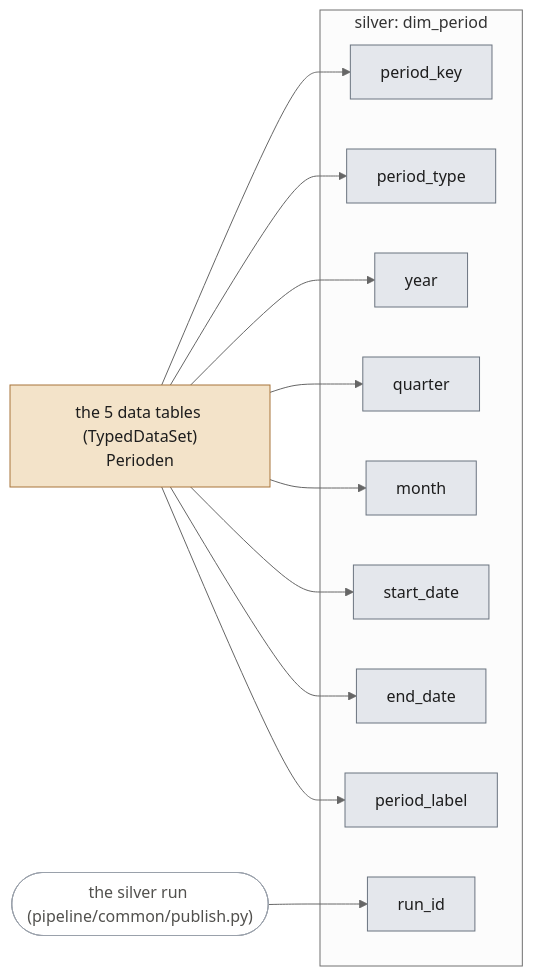
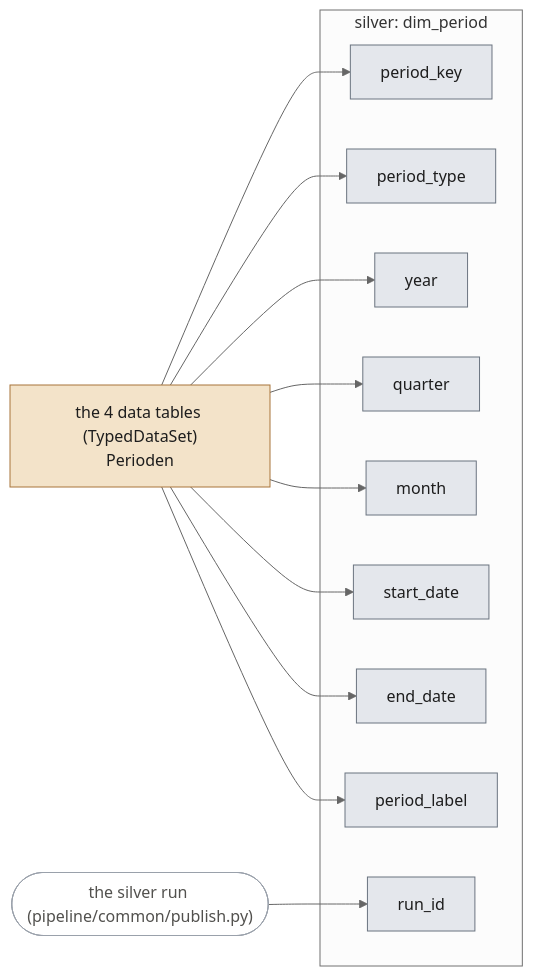
Before and after one commit to stefancodecommit/AOV_Lakehouse: the fifth of 18 diagrams in docs/lineage.md, drawn with Mermaid (neutral theme). The commit also changed other lines of this file and 27 other files, not shown here.

````diff
--- a/docs/lineage.md
+++ b/docs/lineage.md
@@ -280,30 +270,30 @@
 ```mermaid
 flowchart LR
-  n_src_80072ned_typeddataset_81589ned_typeddataset_81644ned_typeddataset_83130ned_typeddataset_86009ned_typeddataset_Perioden["the 5 data tables (TypedDataSet)<br/>Perioden"]:::bronze
+  n_src_80072ned_typeddataset_81589ned_typeddataset_83130ned_typeddataset_86009ned_typeddataset_Perioden["the 4 data tables (TypedDataSet)<br/>Perioden"]:::bronze
   run(["the silver run (pipeline/common/publish.py)"]):::run
   subgraph n_tbl_dim_period["silver: dim_period"]
     n_col_period_key["period_key"]:::silver
     n_col_period_type["period_type"]:::silver
     n_col_year["year"]:::silver
     n_col_quarter["quarter"]:::silver
     n_col_month["month"]:::silver
     n_col_start_date["start_date"]:::silver
     n_col_end_date["end_date"]:::silver
     n_col_period_label["period_label"]:::silver
     n_col_run_id["run_id"]:::silver
   end
-  n_src_80072ned_typeddataset_81589ned_typeddataset_81644ned_typeddataset_83130ned_typeddataset_86009ned_typeddataset_Perioden --> n_col_period_key
-  n_src_80072ned_typeddataset_81589ned_typeddataset_81644ned_typeddataset_83130ned_typeddataset_86009ned_typeddataset_Perioden --> n_col_period_type
-  n_src_80072ned_typeddataset_81589ned_typeddataset_81644ned_typeddataset_83130ned_typeddataset_86009ned_typeddataset_Perioden --> n_col_year
-  n_src_80072ned_typeddataset_81589ned_typeddataset_81644ned_typeddataset_83130ned_typeddataset_86009ned_typeddataset_Perioden --> n_col_quarter
-  n_src_80072ned_typeddataset_81589ned_typeddataset_81644ned_typeddataset_83130ned_typeddataset_86009ned_typeddataset_Perioden --> n_col_month
-  n_src_80072ned_typeddataset_81589ned_typeddataset_81644ned_typeddataset_83130ned_typeddataset_86009ned_typeddataset_Perioden --> n_col_start_date
-  n_src_80072ned_typeddataset_81589ned_typeddataset_81644ned_typeddataset_83130ned_typeddataset_86009ned_typeddataset_Perioden --> n_col_end_date
-  n_src_80072ned_typeddataset_81589ned_typeddataset_81644ned_typeddataset_83130ned_typeddataset_86009ned_typeddataset_Perioden --> n_col_period_label
+  n_src_80072ned_typeddataset_81589ned_typeddataset_83130ned_typeddataset_86009ned_typeddataset_Perioden --> n_col_period_key
+  n_src_80072ned_typeddataset_81589ned_typeddataset_83130ned_typeddataset_86009ned_typeddataset_Perioden --> n_col_period_type
+  n_src_80072ned_typeddataset_81589ned_typeddataset_83130ned_typeddataset_86009ned_typeddataset_Perioden --> n_col_year
+  n_src_80072ned_typeddataset_81589ned_typeddataset_83130ned_typeddataset_86009ned_typeddataset_Perioden --> n_col_quarter
+  n_src_80072ned_typeddataset_81589ned_typeddataset_83130ned_typeddataset_86009ned_typeddataset_Perioden --> n_col_month
+  n_src_80072ned_typeddataset_81589ned_typeddataset_83130ned_typeddataset_86009ned_typeddataset_Perioden --> n_col_start_date
+  n_src_80072ned_typeddataset_81589ned_typeddataset_83130ned_typeddataset_86009ned_typeddataset_Perioden --> n_col_end_date
+  n_src_80072ned_typeddataset_81589ned_typeddataset_83130ned_typeddataset_86009ned_typeddataset_Perioden --> n_col_period_label
   run --> n_col_run_id
   classDef bronze fill:#f3e3c9,stroke:#a8743a,color:#1d1d1d
   classDef silver fill:#e4e7ec,stroke:#6b7480,color:#1d1d1d
   classDef gold fill:#f6ecb8,stroke:#9c7f12,color:#1d1d1d
   classDef silverref fill:#f2f3f5,stroke:#9aa1ab,stroke-dasharray:4 3,color:#1d1d1d
   classDef run fill:#ffffff,stroke:#9aa1ab,color:#52514e
 ```
````
